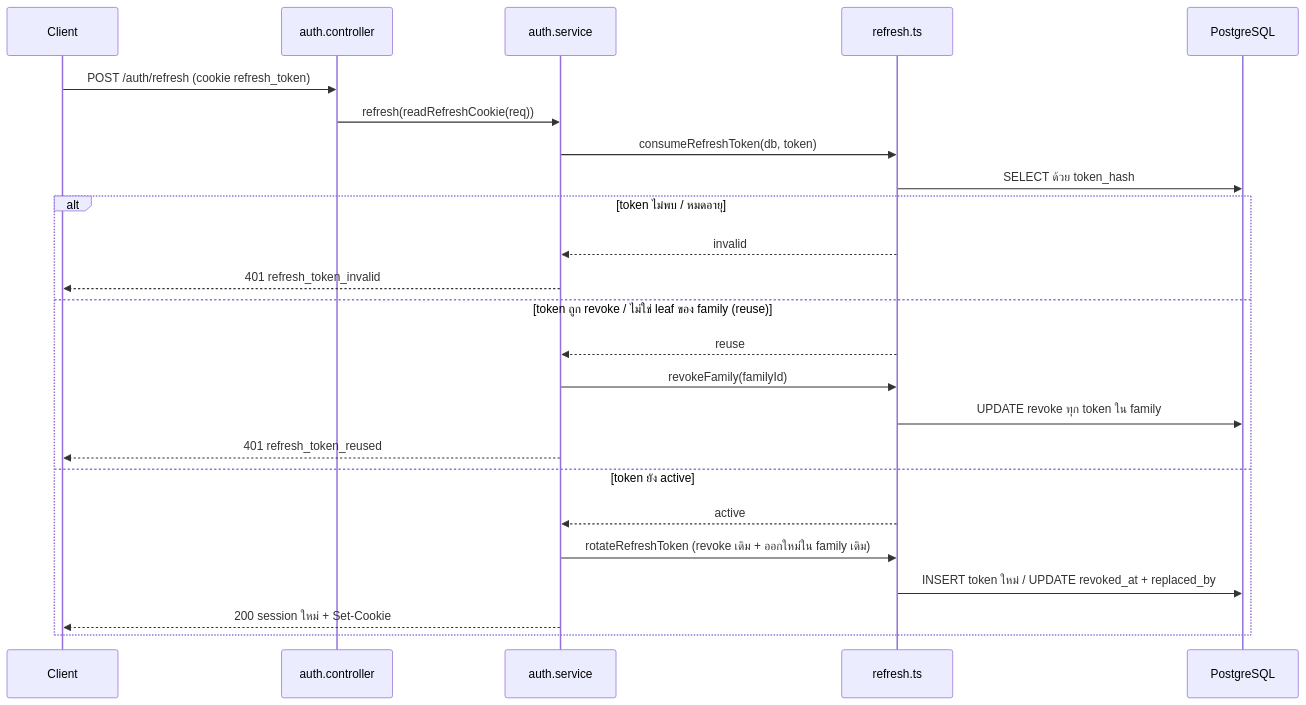
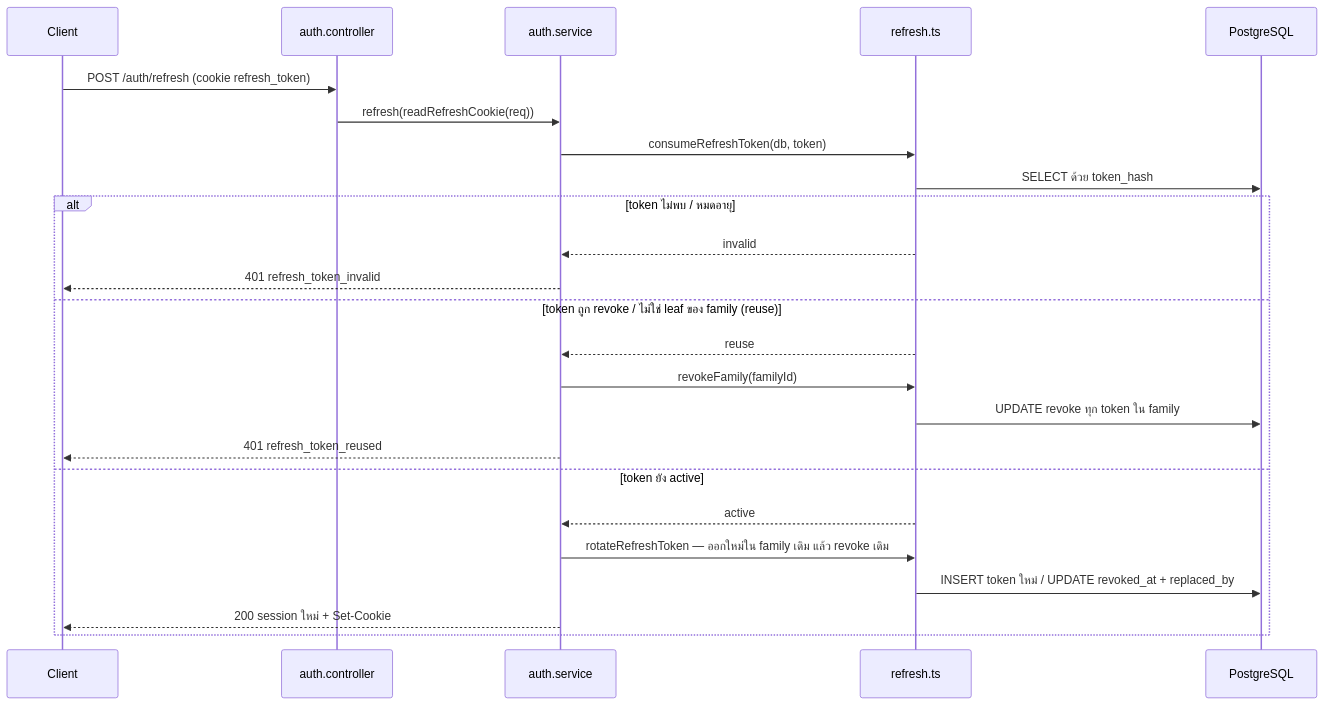
Before and after one commit to Open-Science-and-Data-management/Backend: the second of 3 diagrams in src/features/auth/README.md, drawn with Mermaid. The commit also changed other lines of this file and 20 other files, not shown here.

````diff
--- a/src/features/auth/README.md
+++ b/src/features/auth/README.md
@@ -114,26 +191,26 @@
 ```mermaid
 sequenceDiagram
     participant FE as Client
     participant C as auth.controller
     participant S as auth.service
     participant RF as refresh.ts
     participant DB as PostgreSQL
     FE->>C: POST /auth/refresh (cookie refresh_token)
     C->>S: refresh(readRefreshCookie(req))
     S->>RF: consumeRefreshToken(db, token)
     RF->>DB: SELECT ด้วย token_hash
     alt token ไม่พบ / หมดอายุ
         RF-->>S: invalid
         S-->>FE: 401 refresh_token_invalid
     else token ถูก revoke / ไม่ใช่ leaf ของ family (reuse)
         RF-->>S: reuse
         S->>RF: revokeFamily(familyId)
         RF->>DB: UPDATE revoke ทุก token ใน family
         S-->>FE: 401 refresh_token_reused
     else token ยัง active
         RF-->>S: active
-        S->>RF: rotateRefreshToken (revoke เดิม + ออกใหม่ใน family เดิม)
+        S->>RF: rotateRefreshToken — ออกใหม่ใน family เดิม แล้ว revoke เดิม
         RF->>DB: INSERT token ใหม่ / UPDATE revoked_at + replaced_by
         S-->>FE: 200 session ใหม่ + Set-Cookie
     end
 ```
````
